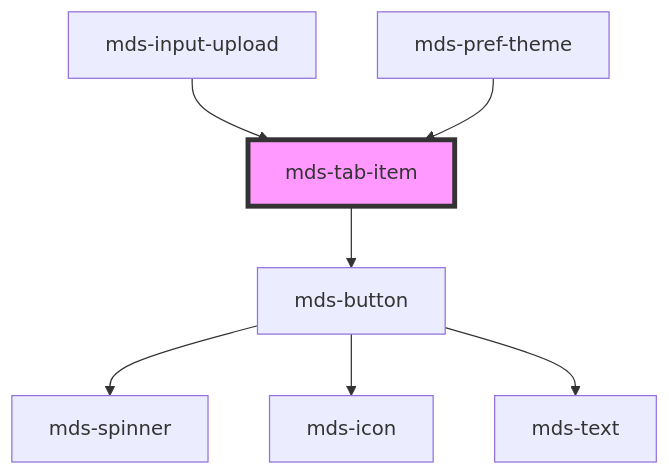
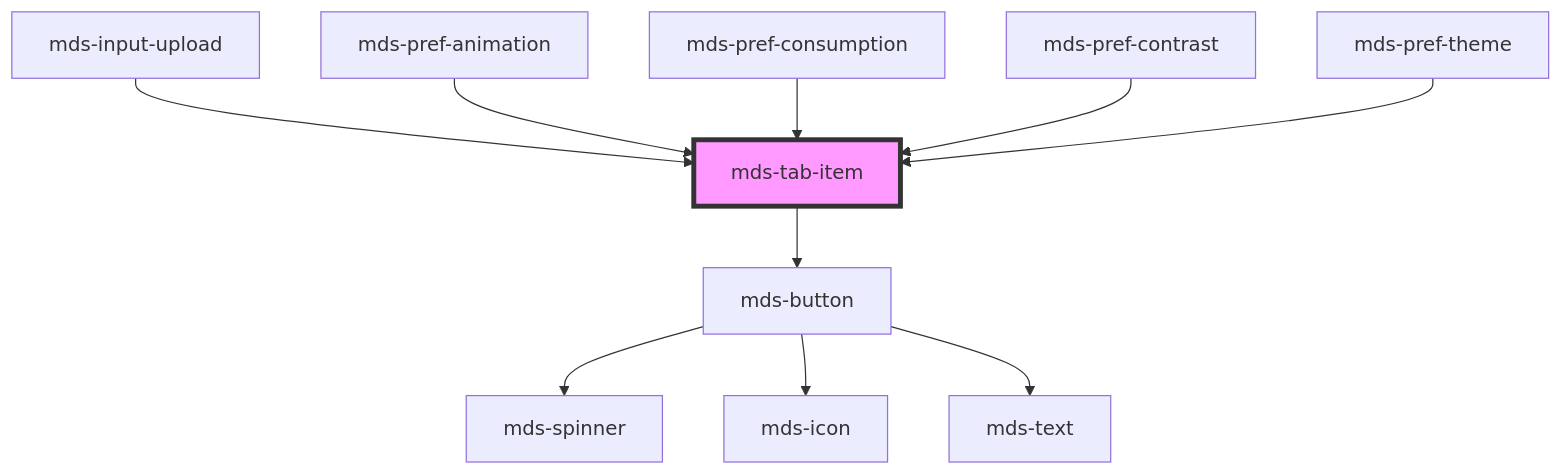
The diagram in projects/stencil/src/components/mds-tab-item/readme.md (magma-design-system/magma), drawn with Mermaid before and after one commit. The commit also changed other lines of this file and 37 other files, not shown here.

Commit message:
feat(mds-pref): add component draft

````diff
--- a/projects/stencil/src/components/mds-tab-item/readme.md
+++ b/projects/stencil/src/components/mds-tab-item/readme.md
@@ -69,10 +72,13 @@
 ```mermaid
 graph TD;
   mds-tab-item --> mds-button
   mds-button --> mds-spinner
   mds-button --> mds-icon
   mds-button --> mds-text
   mds-input-upload --> mds-tab-item
+  mds-pref-animation --> mds-tab-item
+  mds-pref-consumption --> mds-tab-item
+  mds-pref-contrast --> mds-tab-item
   mds-pref-theme --> mds-tab-item
   style mds-tab-item fill:#f9f,stroke:#333,stroke-width:4px
 ```
````
